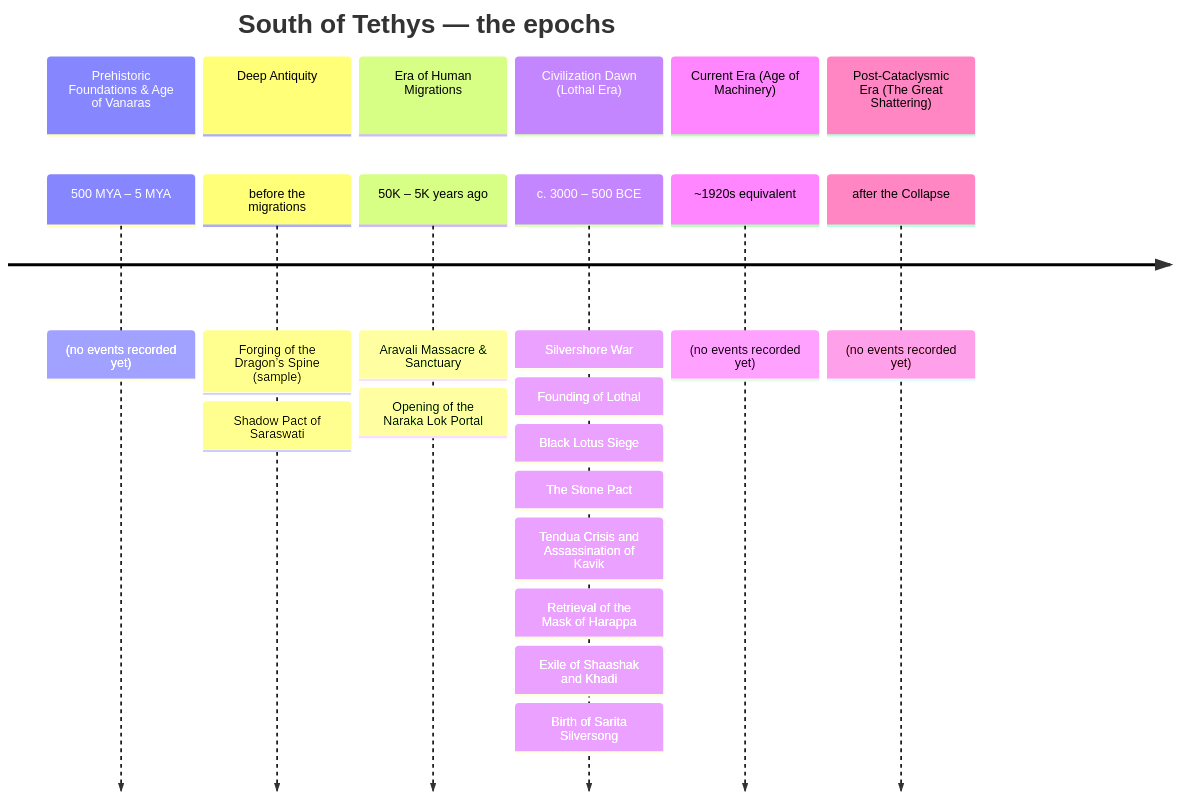
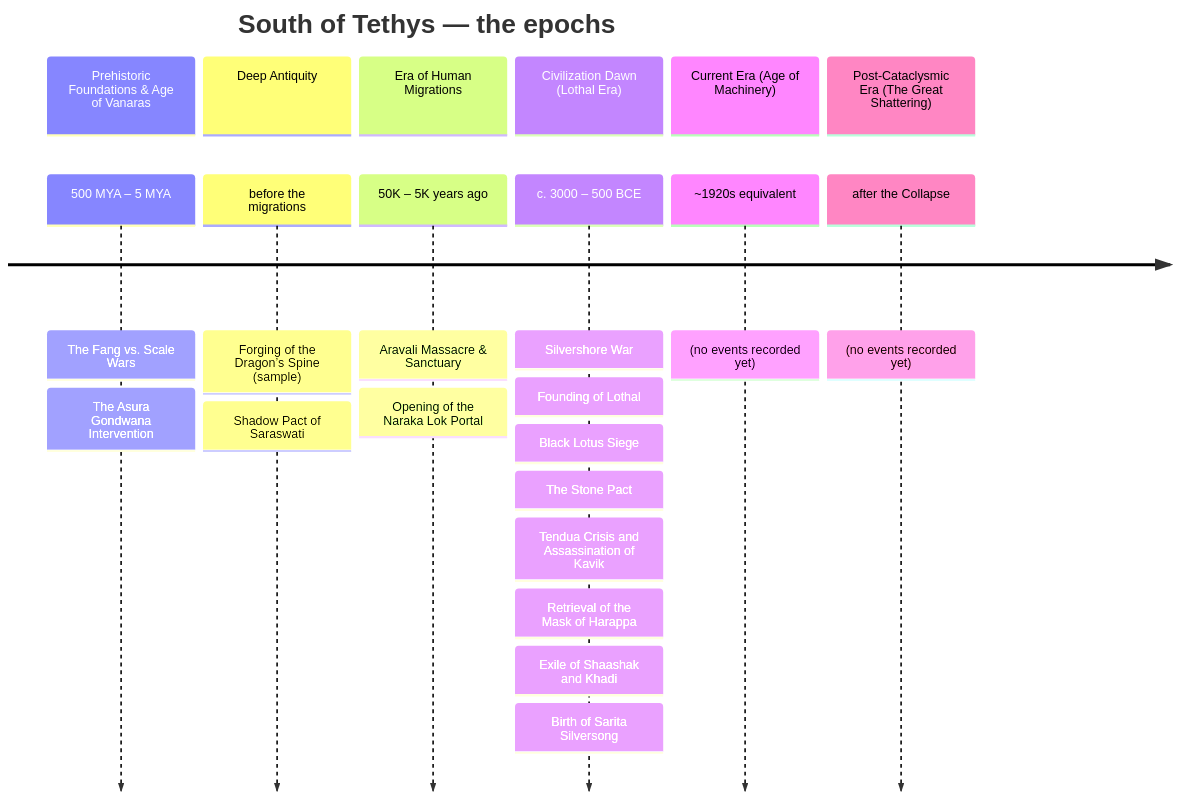
The first of 2 diagrams in docs/timeline_mermaid.md (lordlebu/SouthOfTethys), drawn with Mermaid before and after one commit. The commit also changed other lines of this file and 13 other files, not shown here.

````diff
--- a/docs/timeline_mermaid.md
+++ b/docs/timeline_mermaid.md
@@ -7,16 +7,16 @@
 ```mermaid
 timeline
     title South of Tethys — the epochs
     section Prehistoric Foundations & Age of Vanaras
-        500 MYA – 5 MYA : (no events recorded yet)
+        500 MYA – 5 MYA : The Fang vs. Scale Wars : The Asura Gondwana Intervention
     section Deep Antiquity
         before the migrations : Forging of the Dragon’s Spine (sample) : Shadow Pact of Saraswati
     section Era of Human Migrations
         50K – 5K years ago : Aravali Massacre & Sanctuary : Opening of the Naraka Lok Portal
     section Civilization Dawn (Lothal Era)
         c. 3000 – 500 BCE : Silvershore War : Founding of Lothal : Black Lotus Siege : The Stone Pact : Tendua Crisis and Assassination of Kavik : Retrieval of the Mask of Harappa : Exile of Shaashak and Khadi : Birth of Sarita Silversong
     section Current Era (Age of Machinery)
         ~1920s equivalent : (no events recorded yet)
     section Post-Cataclysmic Era (The Great Shattering)
         after the Collapse : (no events recorded yet)
 ```
````
